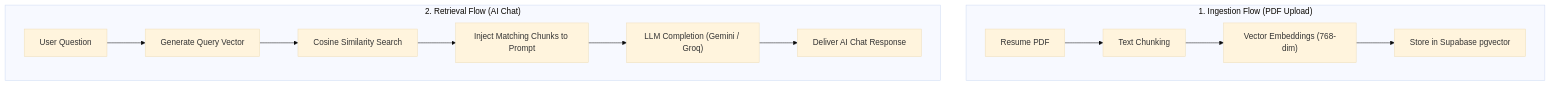
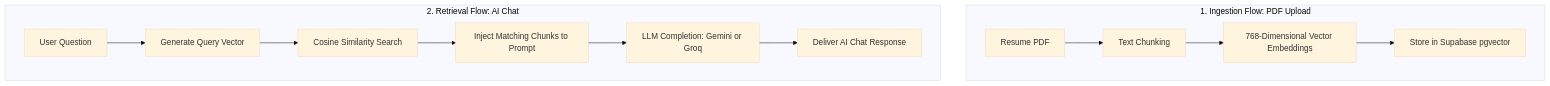
Before and after one commit to Deepak-DPK/career-command-center-backend: the third of 4 diagrams in DIAGRAMS.md, drawn with Mermaid (base theme). The commit also changed other lines of this file, not shown here.

Commit message:
fix(docs): fix Mermaid parenthesis syntax errors and add copy-pasteable Eraser.io diagram code prompts

````diff
--- a/DIAGRAMS.md
+++ b/DIAGRAMS.md
@@ -49,16 +49,16 @@
 ```mermaid
 graph TD
-    subgraph ingestion ["1. Ingestion Flow (PDF Upload)"]
+    subgraph ingestion ["1. Ingestion Flow: PDF Upload"]
         A["Resume PDF"] --> B["Text Chunking"]
-        B --> C["Vector Embeddings (768-dim)"]
+        B --> C["768-Dimensional Vector Embeddings"]
         C --> D["Store in Supabase pgvector"]
     end
 
-    subgraph retrieval ["2. Retrieval Flow (AI Chat)"]
+    subgraph retrieval ["2. Retrieval Flow: AI Chat"]
         E["User Question"] --> F["Generate Query Vector"]
         F --> G["Cosine Similarity Search"]
         G --> H["Inject Matching Chunks to Prompt"]
-        H --> I["LLM Completion (Gemini / Groq)"]
+        H --> I["LLM Completion: Gemini or Groq"]
         I --> J["Deliver AI Chat Response"]
     end
 ```
````
